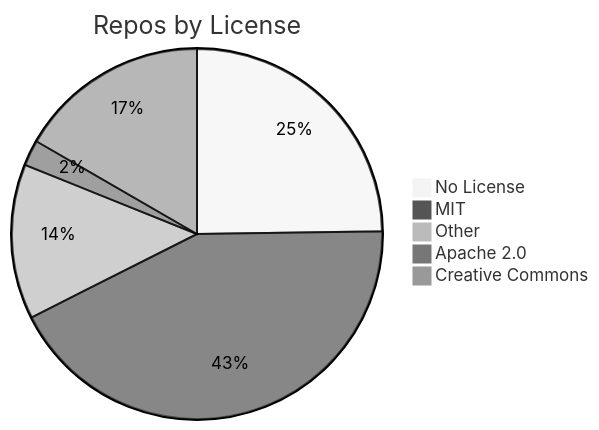
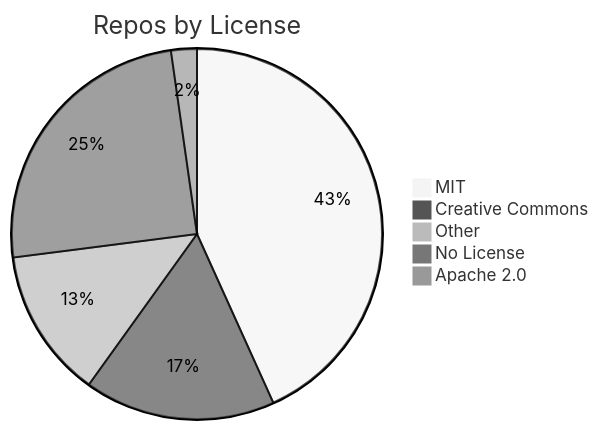
One commit to jpatterson933/awesome-mcp-server-repo-index changed the diagram in README.md. Above: the diagram before and after it, drawn with Mermaid (neutral theme). The commit also changed other lines of this file and 7 other files, not shown here.

````diff
--- a/README.md
+++ b/README.md
@@ -31,8 +31,8 @@
 ```mermaid
 pie title Repos by License
+    "MIT" : 96
+    "Creative Commons" : 37
+    "Other" : 29
     "No License" : 55
-    "MIT" : 95
-    "Other" : 30
     "Apache 2.0" : 5
-    "Creative Commons" : 37
 ```
````
